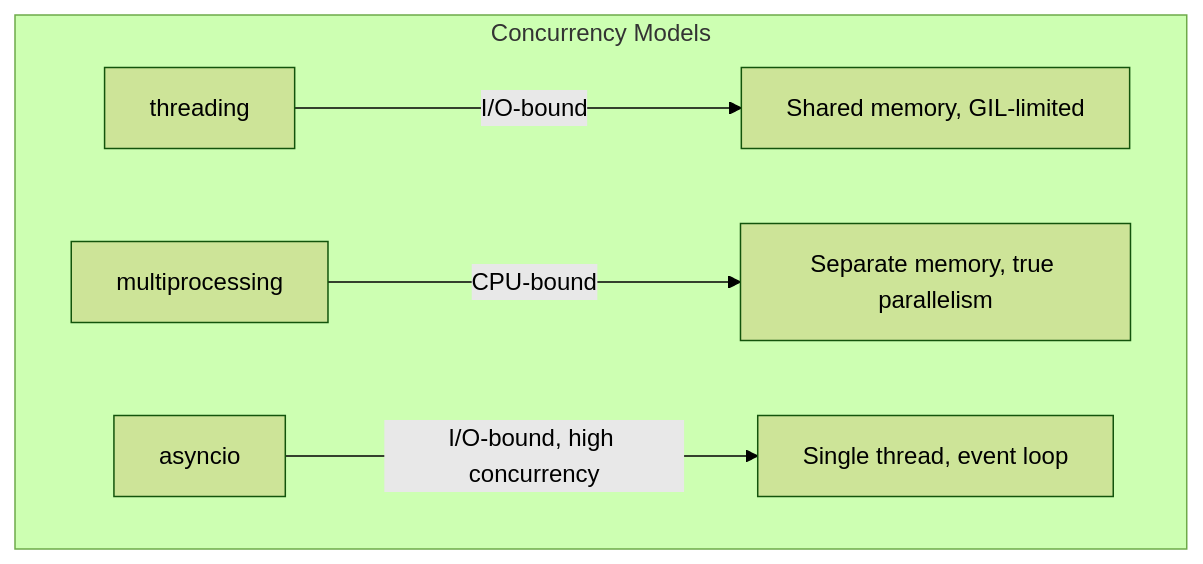
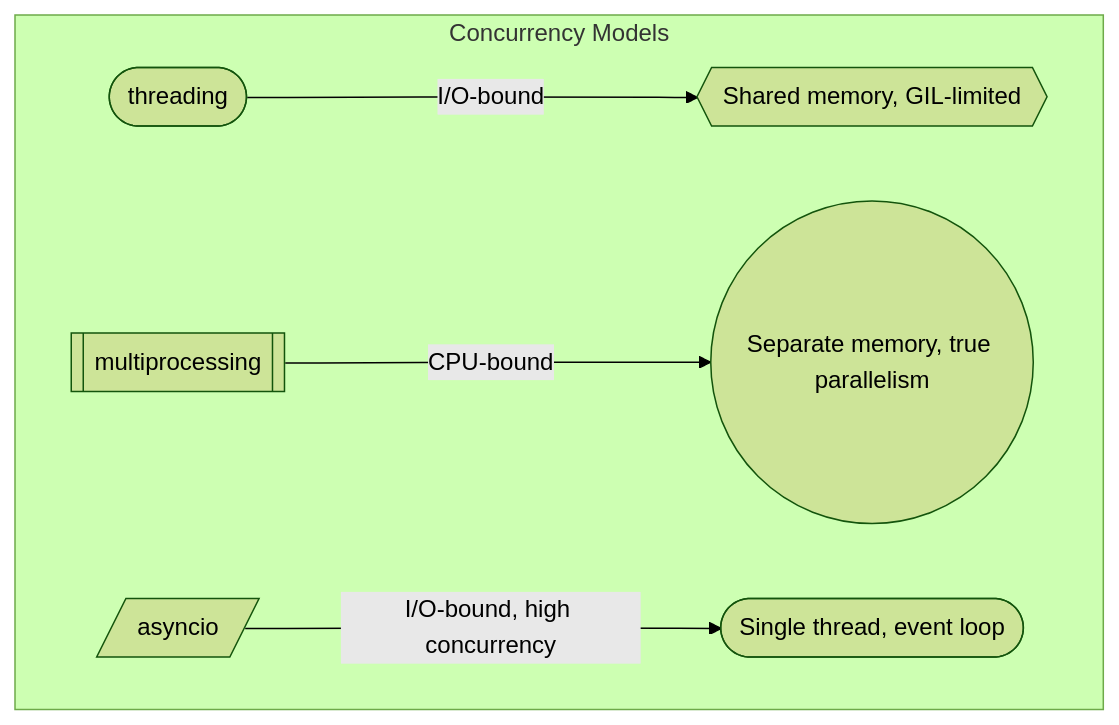
Before and after one commit to saivamsikaruturi/vamsilabs-dev-notes-main: the second of 2 diagrams in docs/python/introduction.md, drawn with Mermaid (forest theme). The commit also changed 146 other files, not shown here.

Commit message:
Horizontal diagrams, UML class diagrams, typography overhaul, and permalink cleanup

````diff
--- a/docs/python/introduction.md
+++ b/docs/python/introduction.md
@@ -183,8 +183,9 @@
 ```mermaid
-graph TD
+flowchart LR
     subgraph "Concurrency Models"
-        A[threading] -->|"I/O-bound"| B[Shared memory, GIL-limited]
-        C[multiprocessing] -->|"CPU-bound"| D[Separate memory, true parallelism]
-        E[asyncio] -->|"I/O-bound, high concurrency"| F[Single thread, event loop]
+        direction LR
+        A(["threading"]) -->|"I/O-bound"| B{{"Shared memory, GIL-limited"}}
+        C[["multiprocessing"]] -->|"CPU-bound"| D(("Separate memory, true parallelism"))
+        E[/"asyncio"/] -->|"I/O-bound, high concurrency"| F(["Single thread, event loop"])
     end
 ```
````
